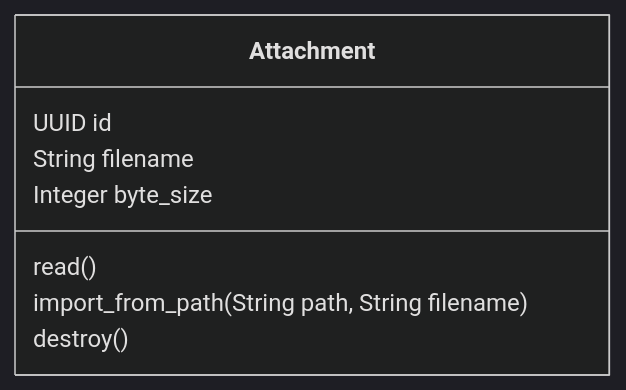
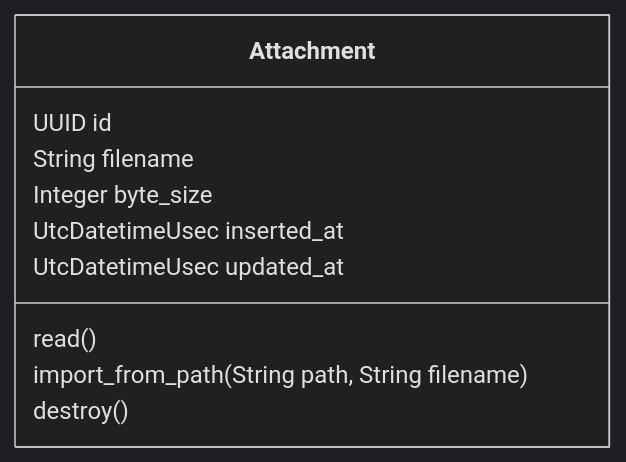
The diagram in lib/data_aggregator/files/files-mermaid-class-diagram.md (zebbra/data_aggregator), drawn with Mermaid (dark theme) before and after one commit. The commit also changed 10 other files, not shown here.

Commit message:
fix(record): make darwin_core schema attributes public? per default

````diff
--- a/lib/data_aggregator/files/files-mermaid-class-diagram.md
+++ b/lib/data_aggregator/files/files-mermaid-class-diagram.md
@@ -1,14 +1,16 @@
 ```mermaid
 classDiagram
     class Attachment {
         UUID id
         String filename
         Integer byte_size
+        UtcDatetimeUsec inserted_at
+        UtcDatetimeUsec updated_at
         read()
         import_from_path(String path, String filename)
         destroy()
     }
 
 
 
 ```
````
